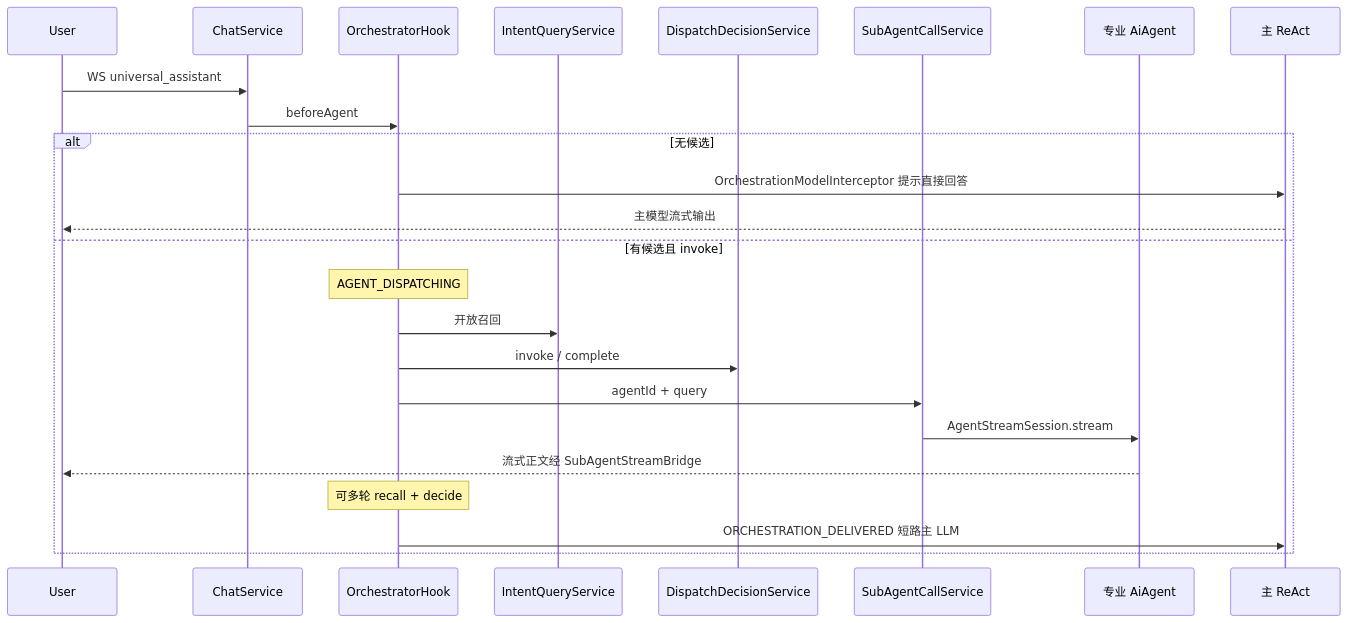
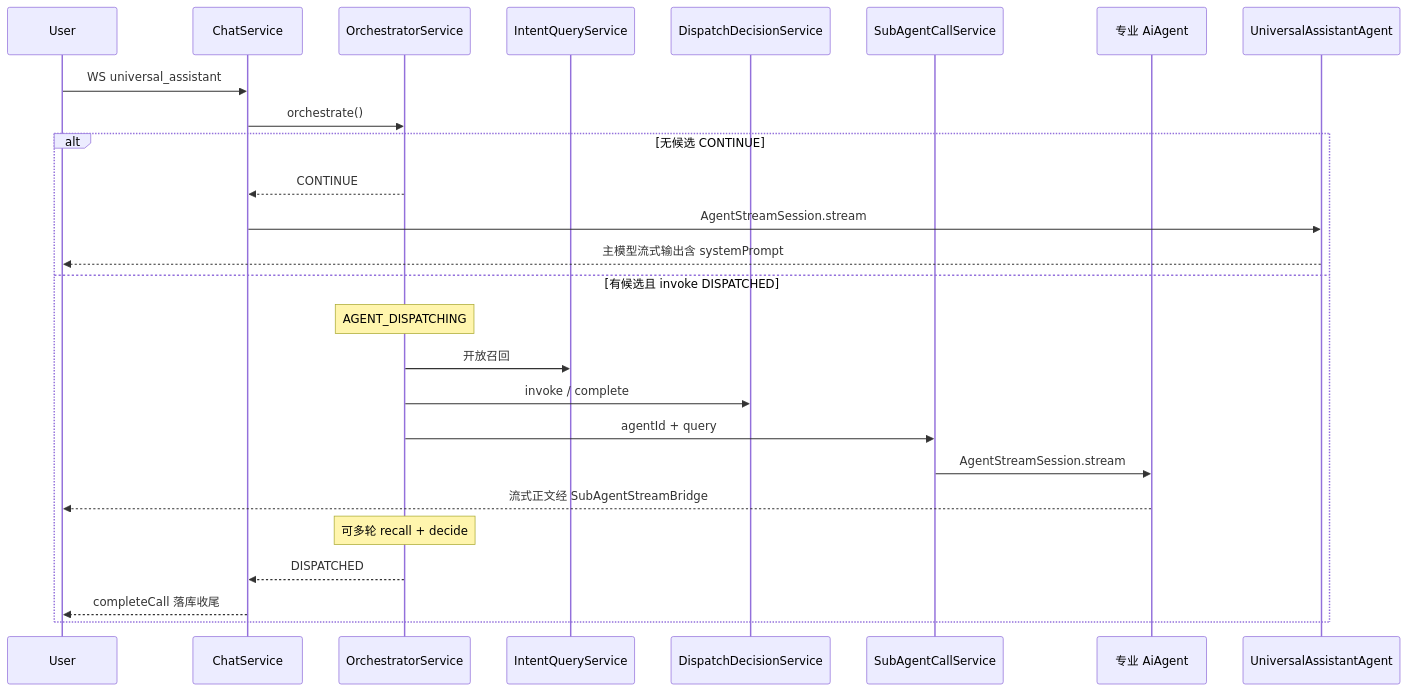
One commit to j2agent-ai/j2agent-docs changed the second of 3 diagrams in 平台/通用助手/README.md. Above: the diagram before and after it, drawn with Mermaid. The commit also changed other lines of this file and 1 other file, not shown here.

First line of the commit message:
refactor(arch): 将通用助手编排逻辑从 Hook 迁移至独立服务

````diff
--- a/平台/通用助手/README.md
+++ b/平台/通用助手/README.md
@@ -42,27 +43,29 @@
 ```mermaid
 sequenceDiagram
   participant User
   participant ChatService
-  participant Hook as OrchestratorHook
+  participant Orch as OrchestratorService
   participant Svc as IntentQueryService
   participant Decide as DispatchDecisionService
   participant Call as SubAgentCallService
   participant Specialist as 专业 AiAgent
-  participant Main as 主 ReAct
+  participant Main as UniversalAssistantAgent
 
   User->>ChatService: WS universal_assistant
-  ChatService->>Hook: beforeAgent
-  alt 无候选
-    Hook->>Main: OrchestrationModelInterceptor 提示直接回答
-    Main-->>User: 主模型流式输出
-  else 有候选且 invoke
-    Note over Hook: AGENT_DISPATCHING
-    Hook->>Svc: 开放召回
-    Hook->>Decide: invoke / complete
-    Hook->>Call: agentId + query
+  ChatService->>Orch: orchestrate()
+  alt 无候选 CONTINUE
+    Orch-->>ChatService: CONTINUE
+    ChatService->>Main: AgentStreamSession.stream
+    Main-->>User: 主模型流式输出含 systemPrompt
+  else 有候选且 invoke DISPATCHED
+    Note over Orch: AGENT_DISPATCHING
+    Orch->>Svc: 开放召回
+    Orch->>Decide: invoke / complete
+    Orch->>Call: agentId + query
     Call->>Specialist: AgentStreamSession.stream
     Specialist-->>User: 流式正文经 SubAgentStreamBridge
-    Note over Hook: 可多轮 recall + decide
-    Hook->>Main: ORCHESTRATION_DELIVERED 短路主 LLM
+    Note over Orch: 可多轮 recall + decide
+    Orch-->>ChatService: DISPATCHED
+    ChatService-->>User: completeCall 落库收尾
   end
 ```
````
